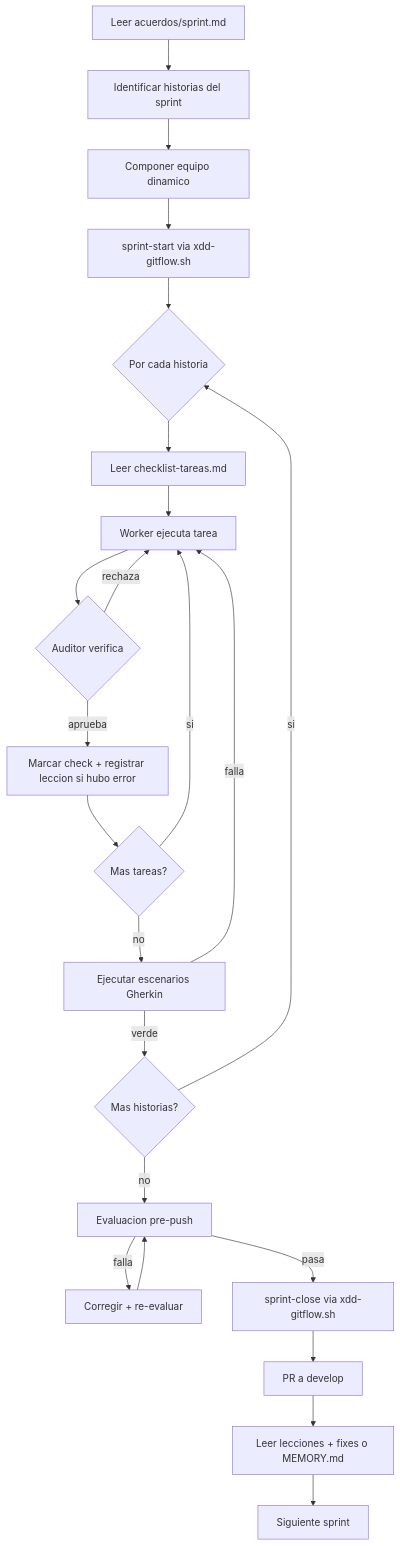
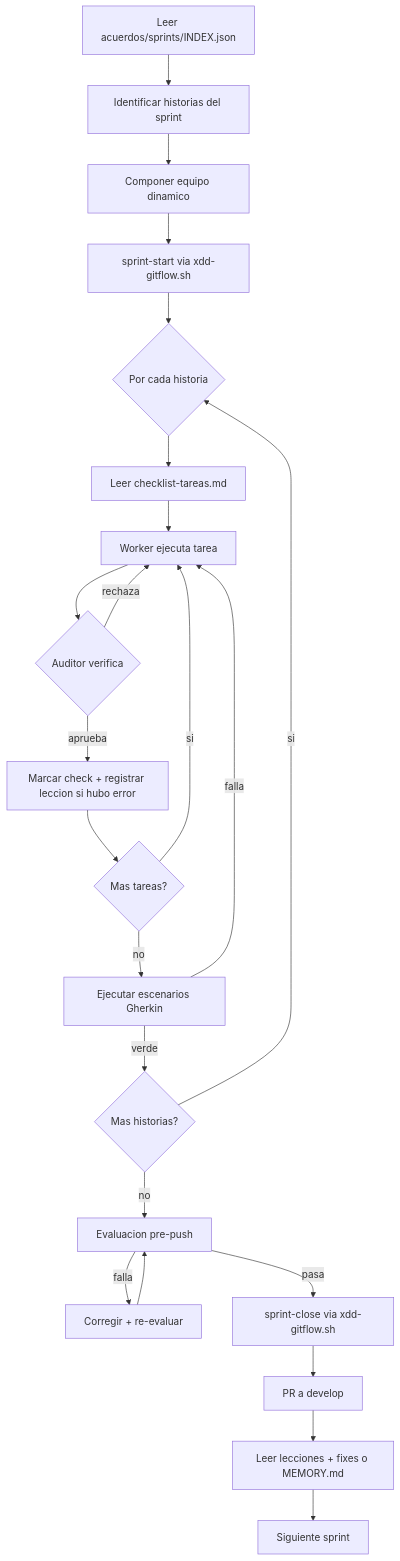
Before and after one commit to Cucholambr3ta/x-dd: the diagram in .claude/commands/xdd-sprint.md, drawn with Mermaid. The commit also changed other lines of this file and 3 other files, not shown here.

First line of the commit message:
feat(atomic): Inc 2 — acuerdos/sprint.md → acuerdos/sprints/ (1 doc por sprint)

````diff
--- a/.claude/commands/xdd-sprint.md
+++ b/.claude/commands/xdd-sprint.md
@@ -239,25 +242,25 @@
 ```mermaid
 flowchart TD
-    A[Leer acuerdos/sprint.md] --> B[Identificar historias del sprint]
+    A[Leer acuerdos/sprints/INDEX.json] --> B[Identificar historias del sprint]
     B --> C[Componer equipo dinamico]
     C --> D[sprint-start via xdd-gitflow.sh]
     D --> E{Por cada historia}
     E --> F[Leer checklist-tareas.md]
     F --> G[Worker ejecuta tarea]
     G --> H{Auditor verifica}
     H -->|rechaza| G
     H -->|aprueba| I[Marcar check + registrar leccion si hubo error]
     I --> J{Mas tareas?}
     J -->|si| G
     J -->|no| K[Ejecutar escenarios Gherkin]
     K -->|falla| G
     K -->|verde| L{Mas historias?}
     L -->|si| E
     L -->|no| M[Evaluacion pre-push]
     M -->|falla| N[Corregir + re-evaluar]
     N --> M
     M -->|pasa| O[sprint-close via xdd-gitflow.sh]
     O --> P[PR a develop]
     P --> Q[Leer lecciones + fixes o MEMORY.md]
     Q --> R[Siguiente sprint]
 ```
````
